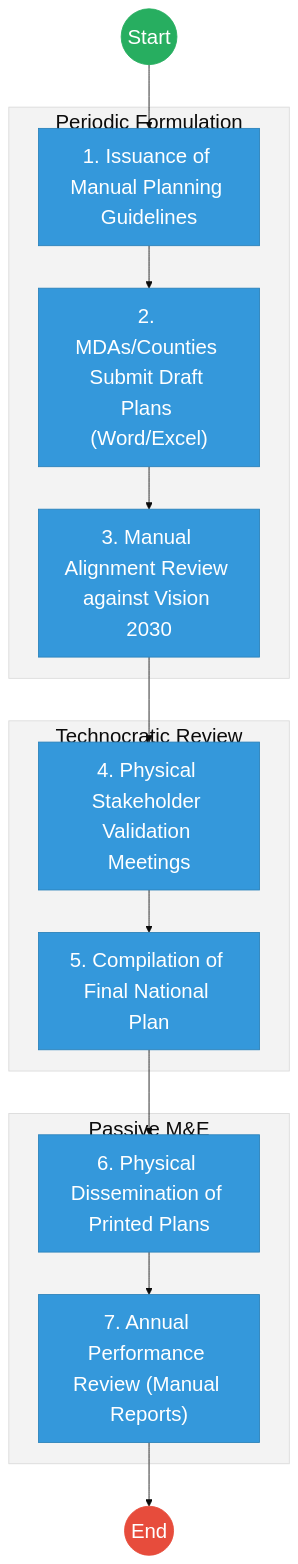
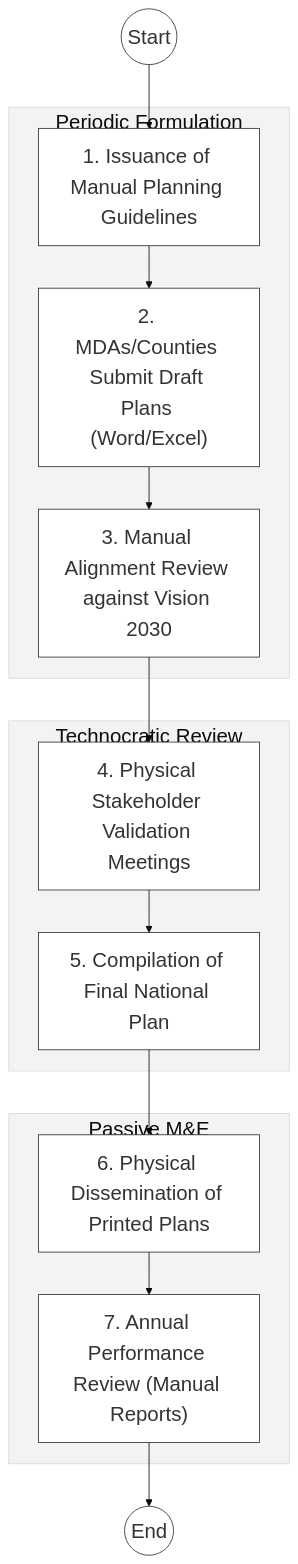
The first of 2 diagrams in mdas/docs_final/priority_mdas/State_Department_for_Economic_Planning___Service_Delivery.md (BITZ-IT-Consulting-LTD/ictapoc), drawn with Mermaid before and after one commit. The commit also changed other lines of this file and 37 other files, not shown here.

````diff
--- a/mdas/docs_final/priority_mdas/State_Department_for_Economic_Planning___Service_Delivery.md
+++ b/mdas/docs_final/priority_mdas/State_Department_for_Economic_Planning___Service_Delivery.md
@@ -17,30 +77,22 @@
 ```mermaid
 %%{init: { 'theme': 'base', 'themeVariables': { 'fontSize': '24px', 'fontFamily': 'Inter, system-ui, sans-serif', 'primaryColor': '#ffffff', 'edgeLabelBackground':'#ffffff', 'tertiaryColor': '#f3f3f3', 'mainBkg': '#ffffff', 'nodeBorder': '#333333' } } }%%
 flowchart TD
     Start((Start)) --> Guidelines["1. Issuance of Manual Planning Guidelines"]
     
     subgraph Planning_Cycle["Periodic Formulation"]
         Guidelines --> Submit["2. MDAs/Counties Submit Draft Plans (Word/Excel)"]
         Submit --> ManualAlign["3. Manual Alignment Review against Vision 2030"]
     end
 
     subgraph Validation["Technocratic Review"]
         ManualAlign --> Stakeholder["4. Physical Stakeholder Validation Meetings"]
         Stakeholder --> FinalDraft["5. Compilation of Final National Plan"]
     end
 
     subgraph Reporting["Passive M&E"]
         FinalDraft --> Distribute["6. Physical Dissemination of Printed Plans"]
         Distribute --> AnnualRev["7. Annual Performance Review (Manual Reports)"]
     end
 
     AnnualRev --> End((End))
-
-    classDef start fill:#27ae60,stroke:#27ae60,color:#fff,font-size:24px;;
-    classDef endNode fill:#e74c3c,stroke:#e74c3c,color:#fff,font-size:24px;;
-    classDef userTask fill:#3498db,stroke:#2980b9,color:#fff,font-size:24px;;
-    
-    class Start start;
-    class End endNode;
-    class Guidelines,Submit,ManualAlign,Stakeholder,FinalDraft,Distribute,AnnualRev userTask;
 ```
````
